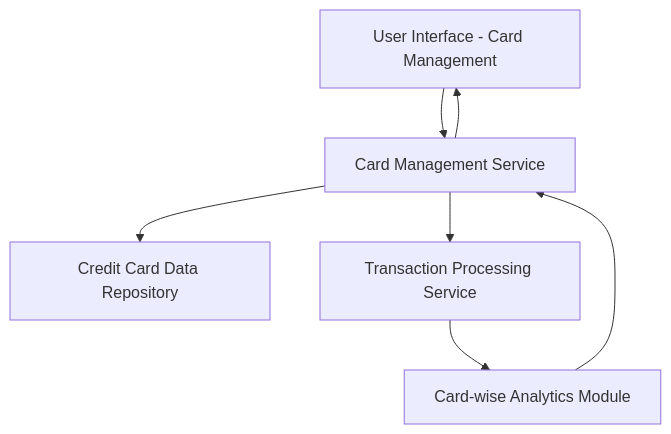
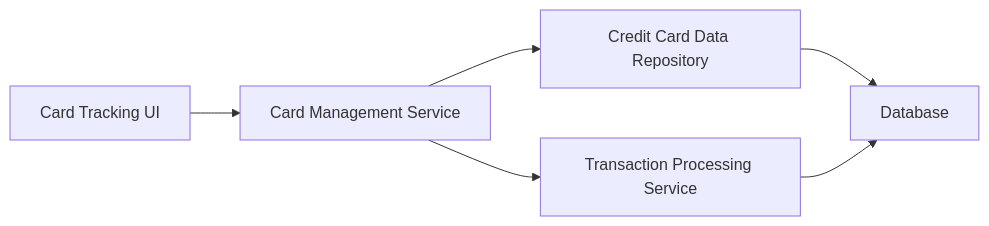
Before and after one commit to AAVA-Demo/APB_Demo: the diagram in HLD/QE-7796_HLD.md, drawn with Mermaid. The commit also changed other lines of this file and 5 other files, not shown here.

````diff
--- a/HLD/QE-7796_HLD.md
+++ b/HLD/QE-7796_HLD.md
@@ -7,14 +7,13 @@
 ```mermaid
-flowchart TD
-    A["User Interface - Card Management"]
+flowchart LR
+    A["Card Tracking UI"]
     B["Card Management Service"]
     C["Credit Card Data Repository"]
     D["Transaction Processing Service"]
-    E["Card-wise Analytics Module"]
+    E["Database"]
     A --> B
     B --> C
     B --> D
+    C --> E
     D --> E
-    E --> B
-    B --> A
 ```
````
